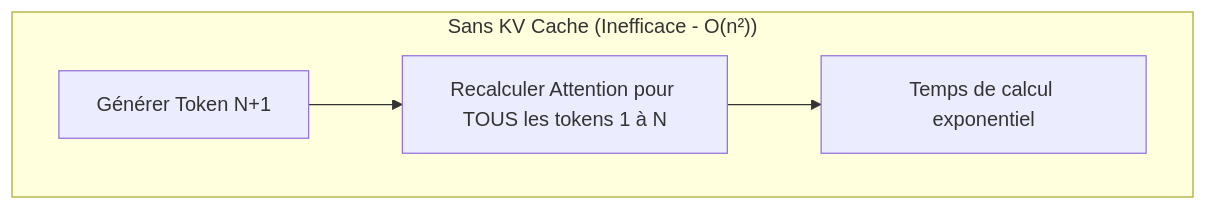
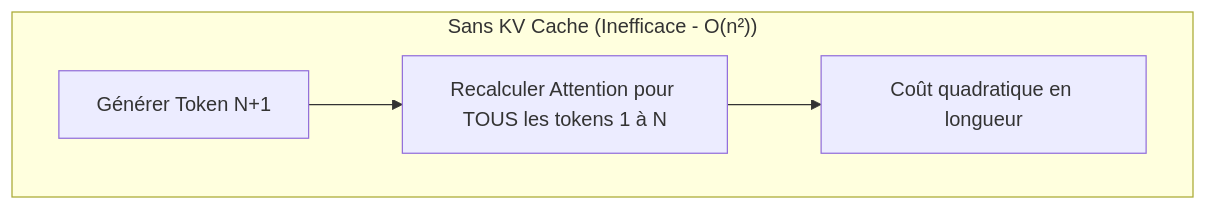
One commit to DamienBecherini/ia-on-prem-vault changed the first of 2 diagrams in 01-fondations/kv-cache-et-contexte.md. Above: the diagram before and after it, drawn with Mermaid. The commit also changed other lines of this file, not shown here.

````diff
--- a/01-fondations/kv-cache-et-contexte.md
+++ b/01-fondations/kv-cache-et-contexte.md
@@ -18,7 +18,7 @@
 ```mermaid
 graph TD
     subgraph "Sans KV Cache (Inefficace - O(n²))"
         A[Générer Token N+1] --> B[Recalculer Attention pour TOUS les tokens 1 à N]
-        B --> C[Temps de calcul exponentiel]
+        B --> C[Coût quadratique en longueur]
     end
 ```
````
